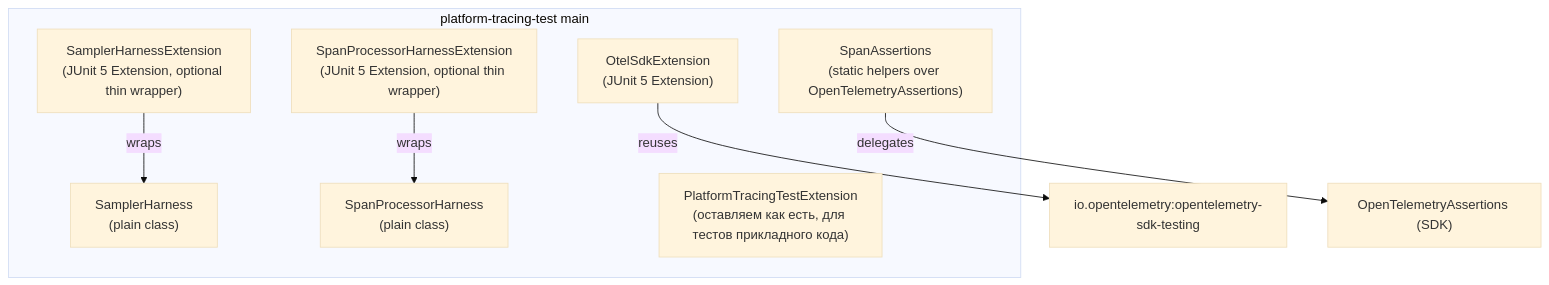
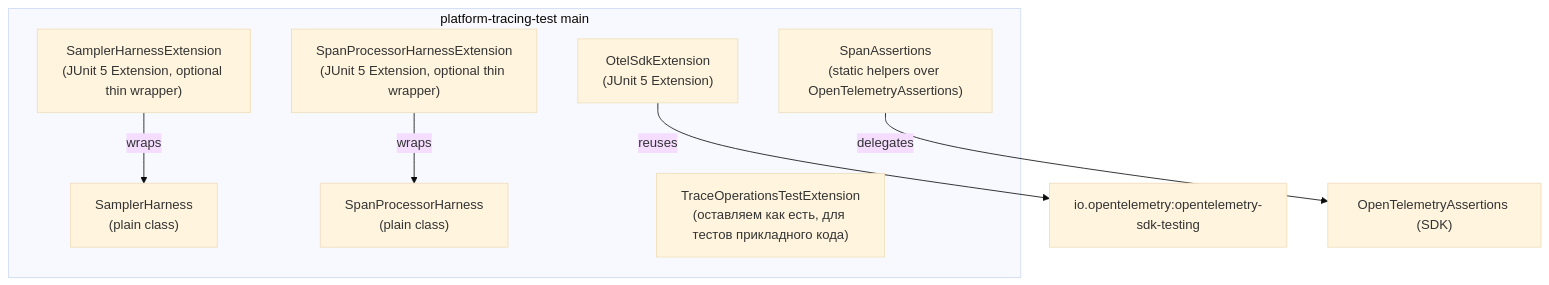
Before and after one commit to andrew3008/EnglishDictionary: the diagram in docs/otel-junit-extensions-plan-v2.md, drawn with Mermaid (base theme). The commit also changed other lines of this file and 146 other files, not shown here.

Commit message:
refactor(api): rename root tracing facade to TraceOperations

````diff
--- a/docs/otel-junit-extensions-plan-v2.md
+++ b/docs/otel-junit-extensions-plan-v2.md
@@ -109,17 +109,17 @@
 ```mermaid
 flowchart TB
     subgraph Module[platform-tracing-test main]
         OtelSdk["OtelSdkExtension<br/>(JUnit 5 Extension)"]
         SamplerHarness["SamplerHarness<br/>(plain class)"]
         ProcHarness["SpanProcessorHarness<br/>(plain class)"]
         SamplerExt["SamplerHarnessExtension<br/>(JUnit 5 Extension, optional thin wrapper)"]
         ProcExt["SpanProcessorHarnessExtension<br/>(JUnit 5 Extension, optional thin wrapper)"]
         Assertions["SpanAssertions<br/>(static helpers over OpenTelemetryAssertions)"]
-        Legacy["PlatformTracingTestExtension<br/>(оставляем как есть, для тестов прикладного кода)"]
+        Legacy["TraceOperationsTestExtension<br/>(оставляем как есть, для тестов прикладного кода)"]
     end
 
     OtelSdk -->|reuses| SdkTesting["io.opentelemetry:opentelemetry-sdk-testing"]
     SamplerExt -->|wraps| SamplerHarness
     ProcExt -->|wraps| ProcHarness
     Assertions -->|delegates| OtelAssertions["OpenTelemetryAssertions (SDK)"]
 ```
````
